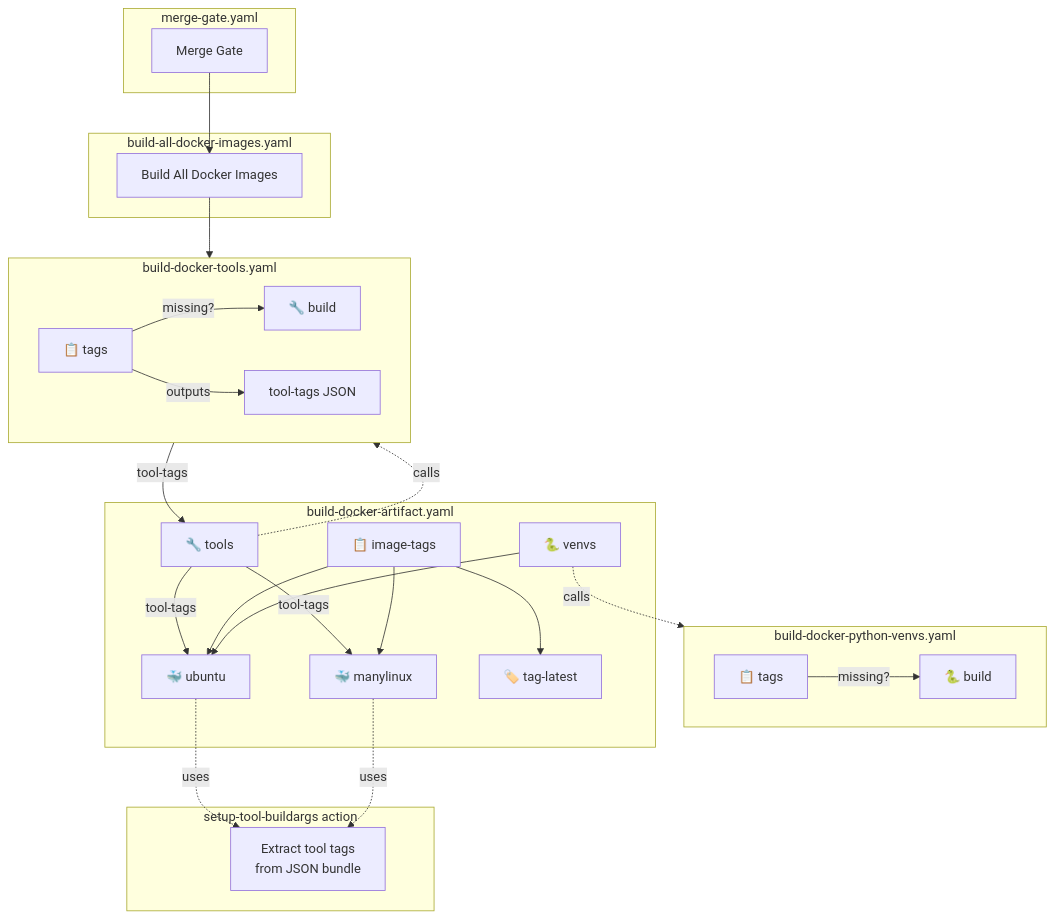
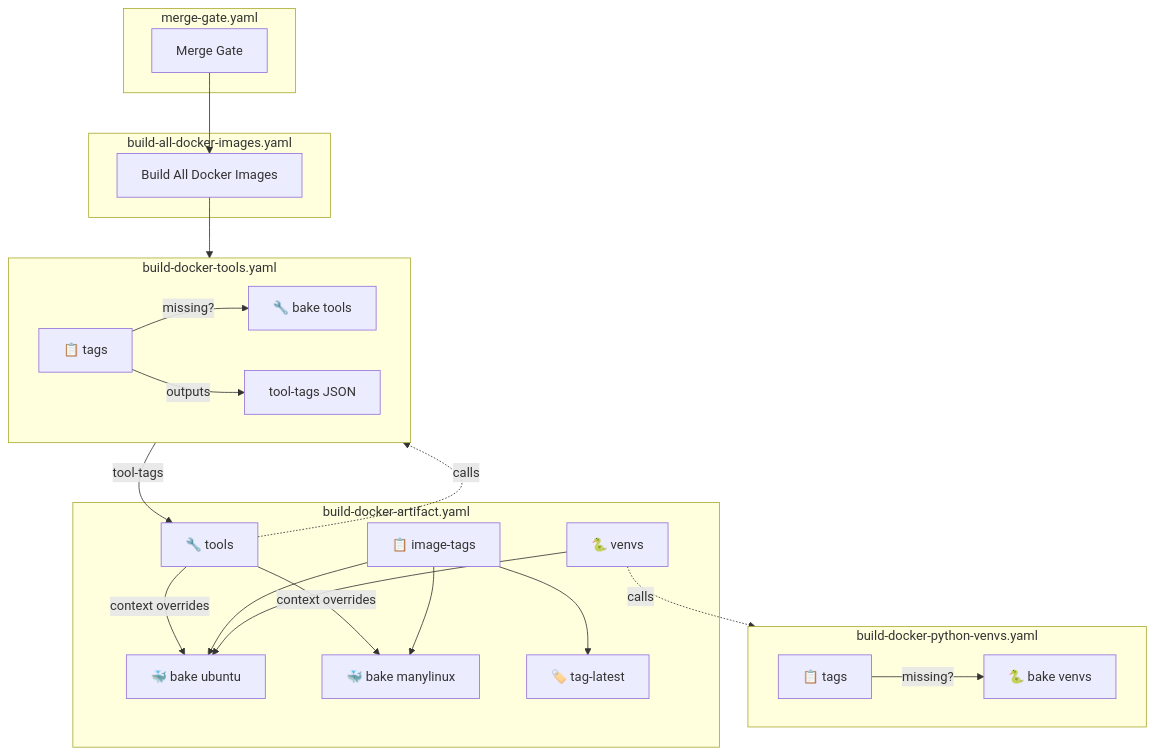
One commit to tenstorrent/tt-metal changed the second of 2 diagrams in dockerfile/README.md. Above: the diagram before and after it, drawn with Mermaid. The commit also changed other lines of this file and 12 other files, not shown here.

````diff
--- a/dockerfile/README.md
+++ b/dockerfile/README.md
@@ -44,50 +59,44 @@
 ```mermaid
 flowchart TD
     subgraph MergeGate [merge-gate.yaml]
         MG[Merge Gate]
     end
 
     subgraph AllDocker [build-all-docker-images.yaml]
         AD[Build All Docker Images]
     end
 
     subgraph Tools [build-docker-tools.yaml]
         ToolTags[📋 tags]
-        ToolBuild[🔧 build]
+        ToolBuild[🔧 bake tools]
         ToolTags -->|missing?| ToolBuild
         ToolTags -->|outputs| TT[tool-tags JSON]
     end
 
     subgraph Venvs [build-docker-python-venvs.yaml]
         VenvTags[📋 tags]
-        VenvBuild[🐍 build]
+        VenvBuild[🐍 bake venvs]
         VenvTags -->|missing?| VenvBuild
     end
 
     subgraph DockerArtifact [build-docker-artifact.yaml]
         DATools[🔧 tools]
         DAVenvs[🐍 venvs]
         ImgTags[📋 image-tags]
-        Ubuntu[🐳 ubuntu]
-        ML[🐳 manylinux]
+        Ubuntu[🐳 bake ubuntu]
+        ML[🐳 bake manylinux]
         TagLatest[🏷️ tag-latest]
-    end
-
-    subgraph CompositeAction [setup-tool-buildargs action]
-        CA[Extract tool tags<br/>from JSON bundle]
     end
 
     MG --> AD
     AD --> Tools
     Tools -->|tool-tags| DATools
     DATools -.->|calls| Tools
     DAVenvs -.->|calls| Venvs
-    DATools -->|tool-tags| Ubuntu
-    DATools -->|tool-tags| ML
+    DATools -->|"context overrides"| Ubuntu
+    DATools -->|"context overrides"| ML
     ImgTags --> Ubuntu
     ImgTags --> ML
     ImgTags --> TagLatest
     DAVenvs --> Ubuntu
-    Ubuntu -.->|uses| CA
-    ML -.->|uses| CA
 ```
````
